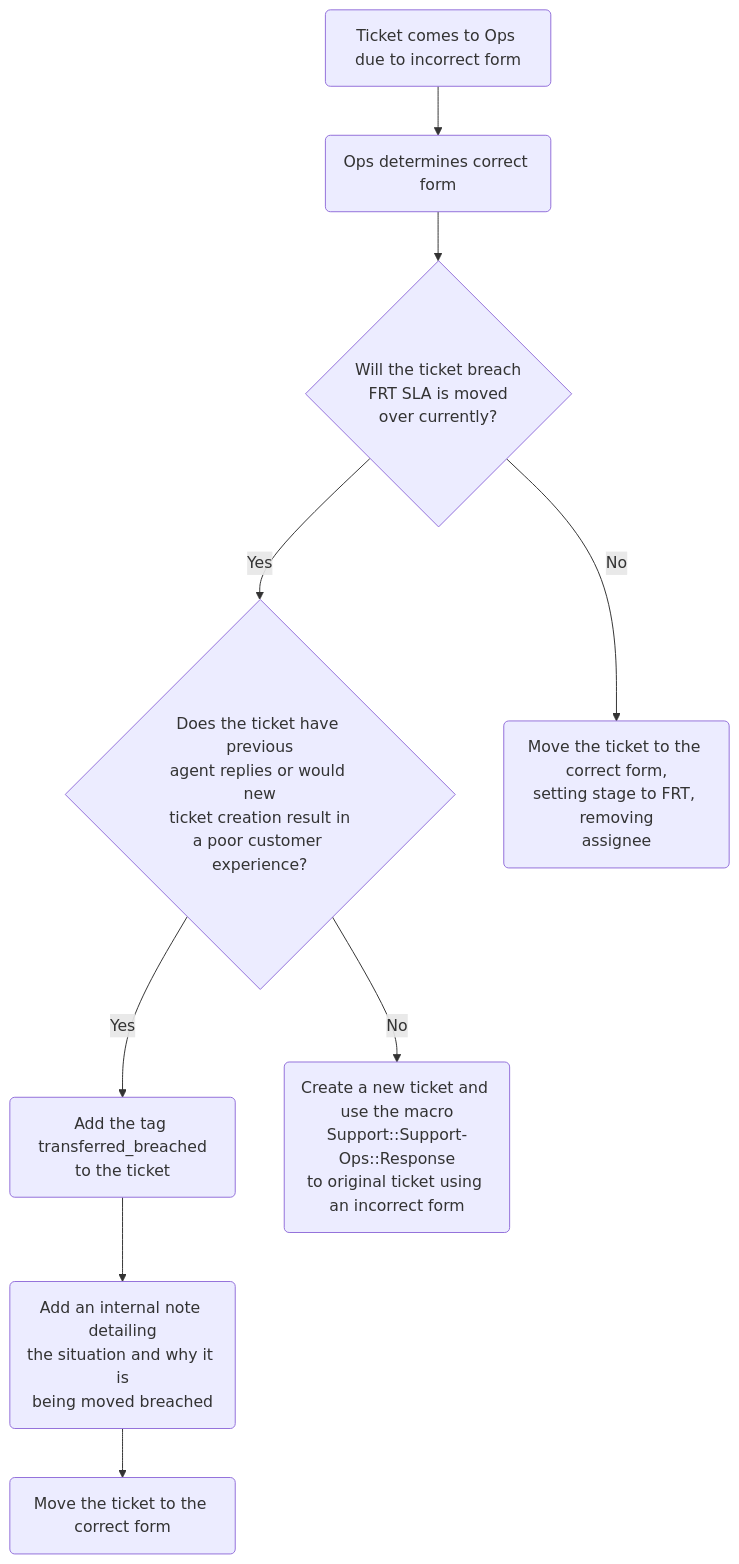
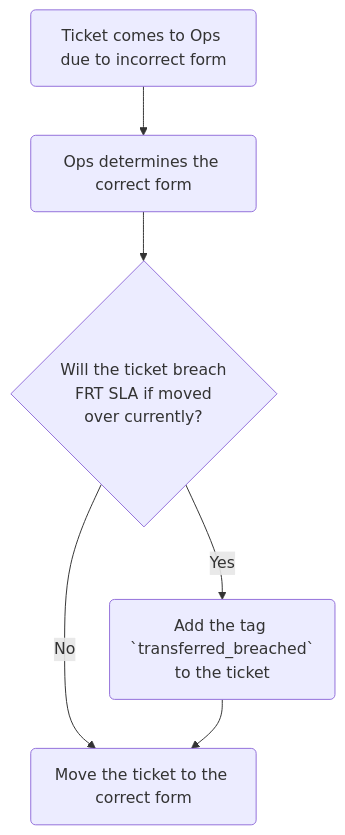
Before and after one commit to secretstartups/handbook: the diagram in content/handbook/support/readiness/operations/docs/policies/working_tickets.md, drawn with Mermaid. The commit also changed other lines of this file, not shown here.

````diff
--- a/content/handbook/support/readiness/operations/docs/policies/working_tickets.md
+++ b/content/handbook/support/readiness/operations/docs/policies/working_tickets.md
@@ -201,20 +197,13 @@
 ```mermaid
 graph TD;
   A-->B;
   B-->C;
   C-->|Yes| D;
-  C-->|No| I;
-  D-->|Yes| E;
-  D-->|No| H;
-  E-->F;
-  F-->G;
+  C-->|No| E;
+  D--> E;
   A(Ticket comes to Ops due to incorrect form)
-  B(Ops determines correct form)
-  C{Will the ticket breach<br>FRT SLA is moved<br>over currently?}
-  D{Does the ticket have previous<br>agent replies or would new<br>ticket creation result in<br>a poor customer experience?}
-  E(Add the tag transferred_breached<br>to the ticket)
-  F(Add an internal note detailing<br>the situation and why it is<br>being moved breached)
-  G(Move the ticket to the correct form)
-  H(Create a new ticket and use the macro<br>Support::Support-Ops::Response<br>to original ticket using an incorrect form)
-  I(Move the ticket to the correct form,<br>setting stage to FRT, removing<br>assignee)
+  B(Ops determines the correct form)
+  C{Will the ticket breach<br>FRT SLA if moved<br>over currently?}
+  D(Add the tag `transferred_breached`<br>to the ticket)
+  E(Move the ticket to the correct form)
 ```
````
